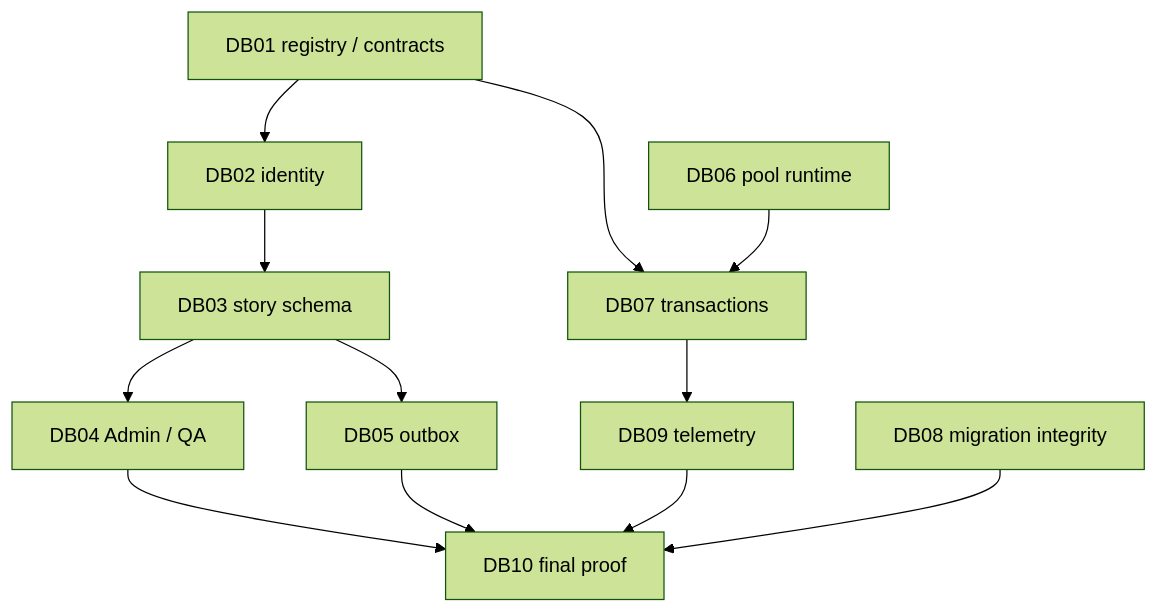
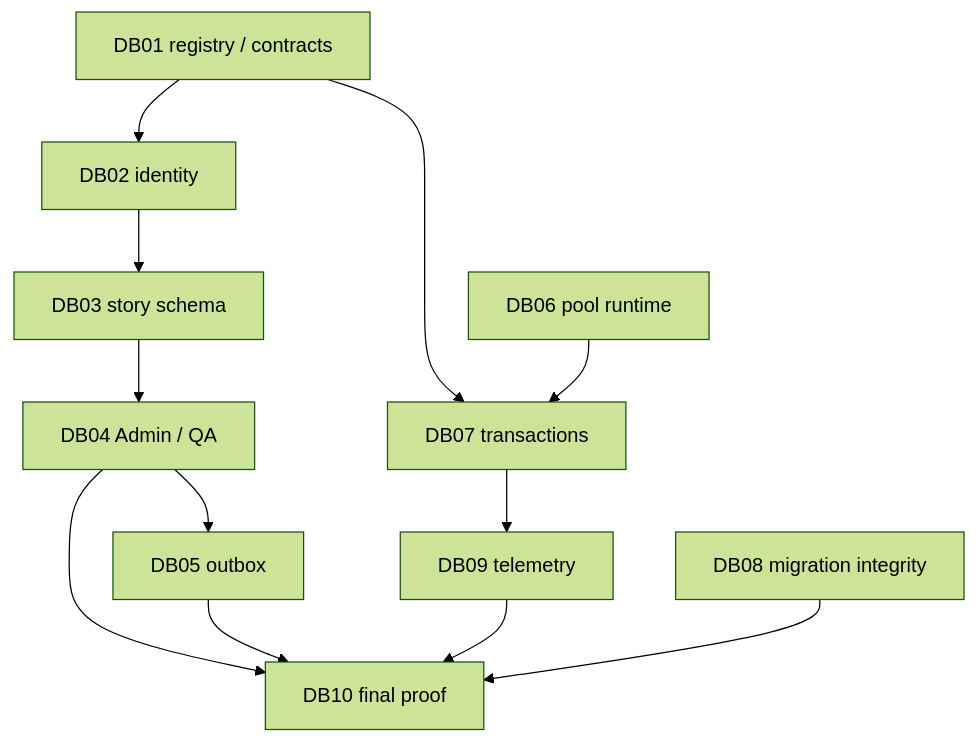
One commit to DenisSkulovic/offscreen-rpg changed the diagram in work/undertakings/storyteller-workshop/DB-PARALLEL.md. Above: the diagram before and after it, drawn with Mermaid (forest theme). The commit also changed other lines of this file and 8 other files, not shown here.

````diff
--- a/work/undertakings/storyteller-workshop/DB-PARALLEL.md
+++ b/work/undertakings/storyteller-workshop/DB-PARALLEL.md
@@ -5,16 +5,16 @@
 ```mermaid
 flowchart TD
  F[DB01 registry / contracts] --> I[DB02 identity]
  R[DB06 pool runtime]
  M[DB08 migration integrity]
  I --> S[DB03 story schema]
  F --> T[DB07 transactions]
  R --> T
  S --> A[DB04 Admin / QA]
- S --> O[DB05 outbox]
+ A --> O[DB05 outbox]
  T --> L[DB09 telemetry]
  A --> J[DB10 final proof]
  O --> J
  L --> J
  M --> J
 ```
````
